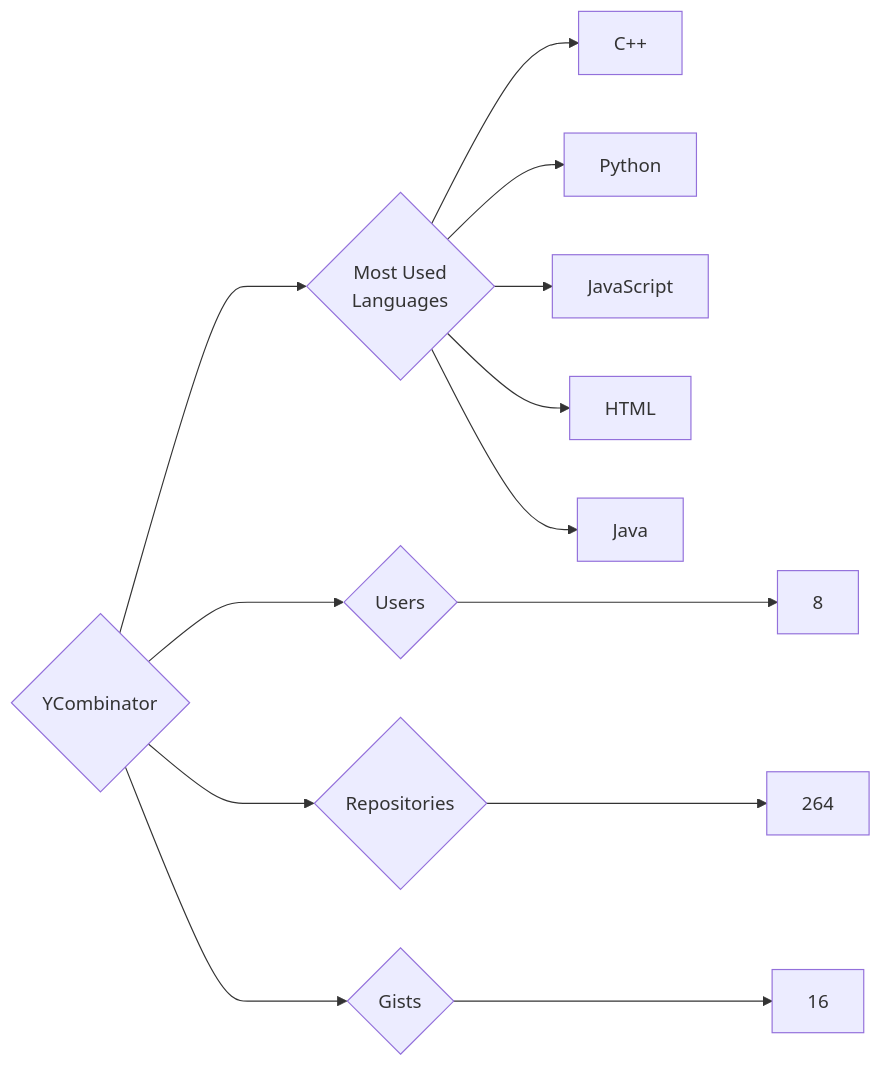
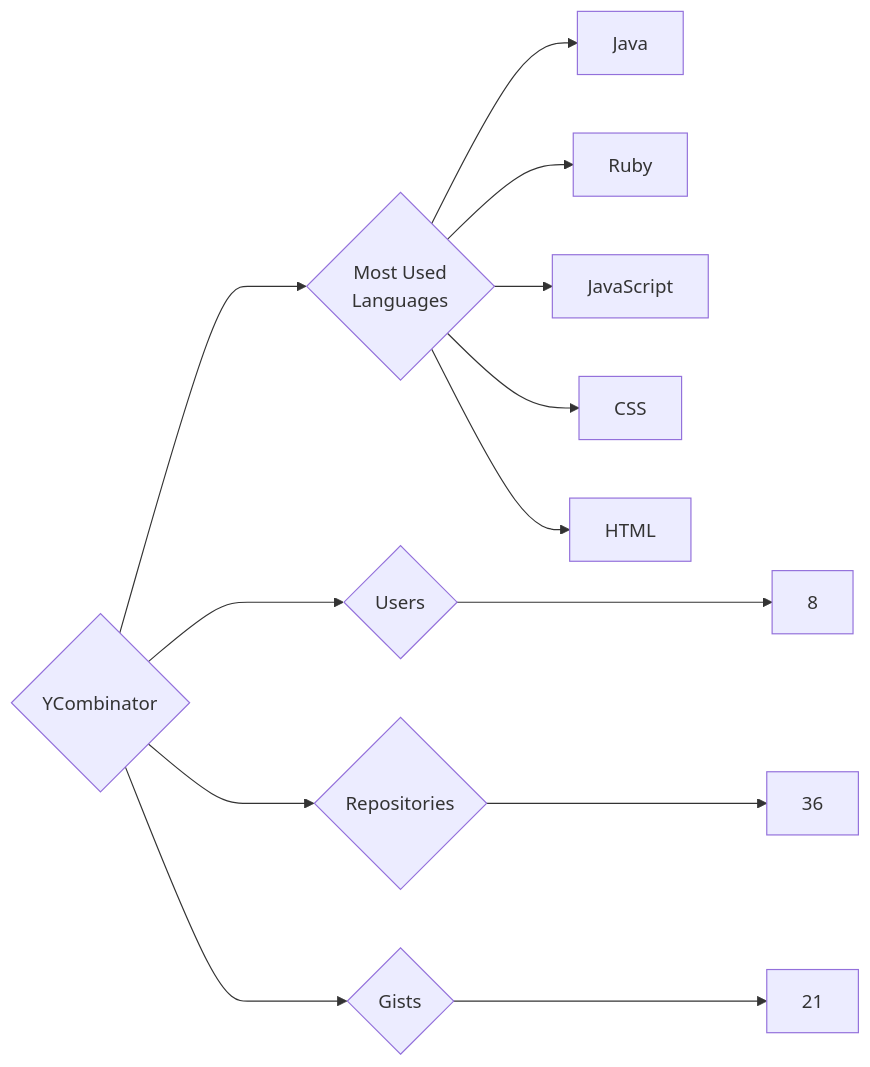
Before and after one commit to trickest/insiders: the diagram in targets/YCombinator/README.md, drawn with Mermaid. The commit also changed 1496 other files, not shown here.

````diff
--- a/targets/YCombinator/README.md
+++ b/targets/YCombinator/README.md
@@ -3,13 +3,13 @@
 ```mermaid
 graph LR
 COMPANY_NAME{YCombinator}
 COMPANY_NAME ---> U{Users} ---> UN[8]
-COMPANY_NAME ---> R{Repositories} ---> RN[264]
-COMPANY_NAME ---> G{Gists} ---> GN[16]
+COMPANY_NAME ---> R{Repositories} ---> RN[36]
+COMPANY_NAME ---> G{Gists} ---> GN[21]
 COMPANY_NAME ---> ML{Most Used<br>Languages}
-ML --> C++[C++]
-ML --> Python[Python]
+ML --> Java[Java]
+ML --> Ruby[Ruby]
 ML --> JavaScript[JavaScript]
+ML --> CSS[CSS]
 ML --> HTML[HTML]
-ML --> Java[Java]
 ```
````
